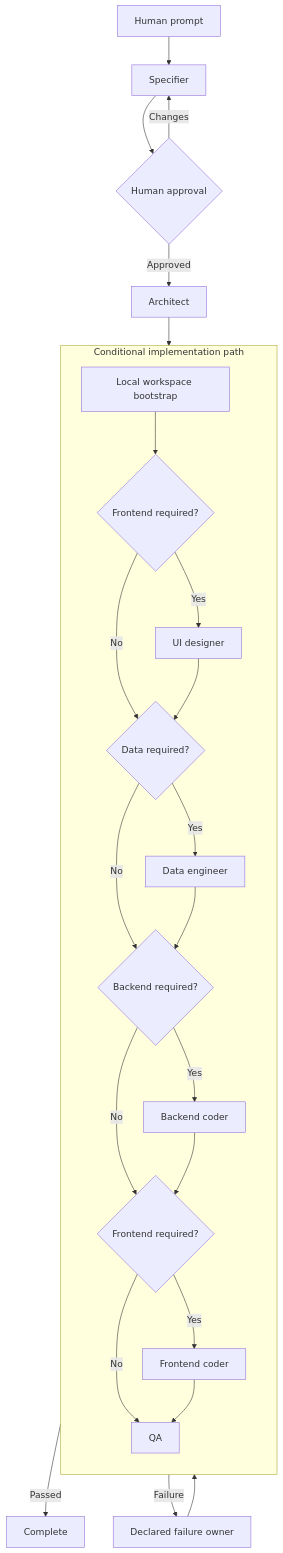
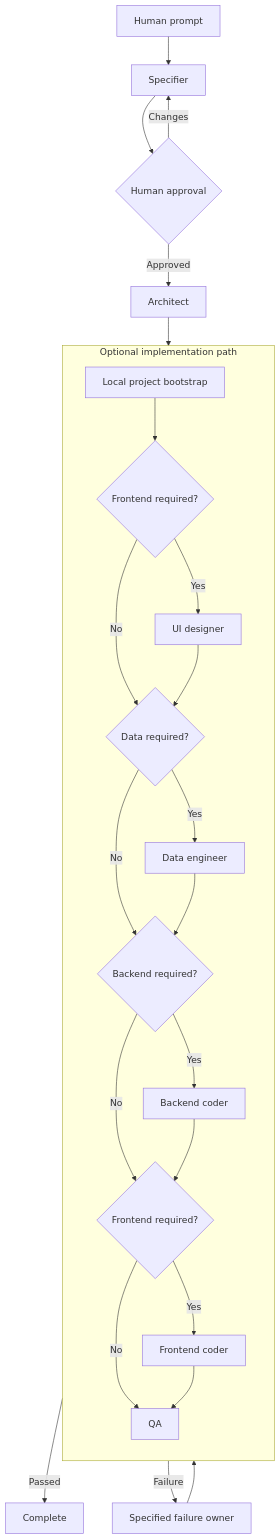
Before and after one commit to abrahan-dev/agentic-patterns: the diagram in web-app-dev-team/README.md, drawn with Mermaid. The commit also changed other lines of this file and 44 other files, not shown here.

````diff
--- a/web-app-dev-team/README.md
+++ b/web-app-dev-team/README.md
@@ -23,29 +22,29 @@
 ```mermaid
 flowchart TD
   U["Human prompt"] --> S["Specifier"]
   S --> H{"Human approval"}
   H -->|Changes| S
   H -->|Approved| A["Architect"]
-  A --> B["Local workspace bootstrap"]
+  A --> B["Local project bootstrap"]
 
-  subgraph I["Conditional implementation path"]
+  subgraph I["Optional implementation path"]
     direction TD
     B --> FR1{"Frontend required?"}
     FR1 -->|Yes| UI["UI designer"]
     FR1 -->|No| DR{"Data required?"}
     UI --> DR
     DR -->|Yes| D["Data engineer"]
     DR -->|No| BR{"Backend required?"}
     D --> BR
     BR -->|Yes| BE["Backend coder"]
     BR -->|No| FR2{"Frontend required?"}
     BE --> FR2
     FR2 -->|Yes| FE["Frontend coder"]
     FR2 -->|No| Q["QA"]
     FE --> Q
   end
 
   Q -->|Passed| C["Complete"]
-  Q -->|Failure| O["Declared failure owner"]
+  Q -->|Failure| O["Specified failure owner"]
   O --> Q
 ```
````
